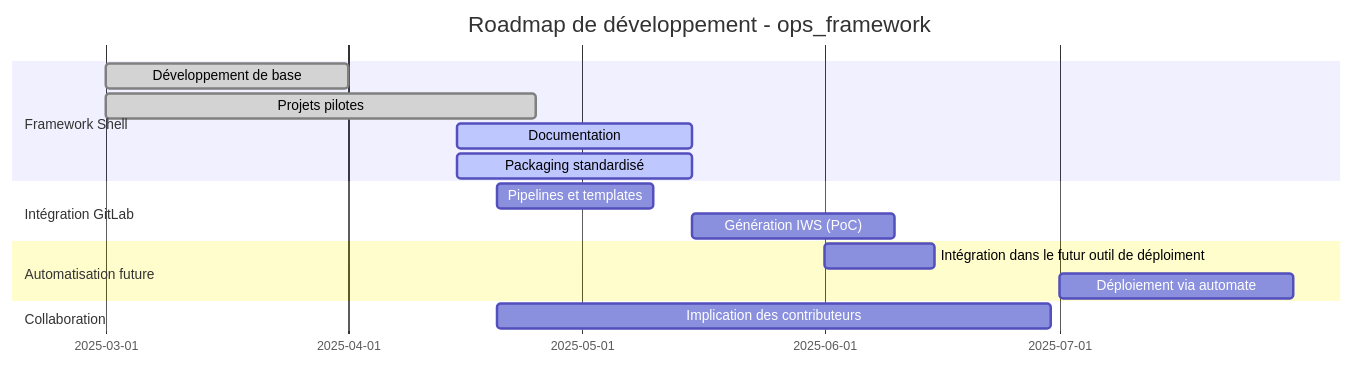
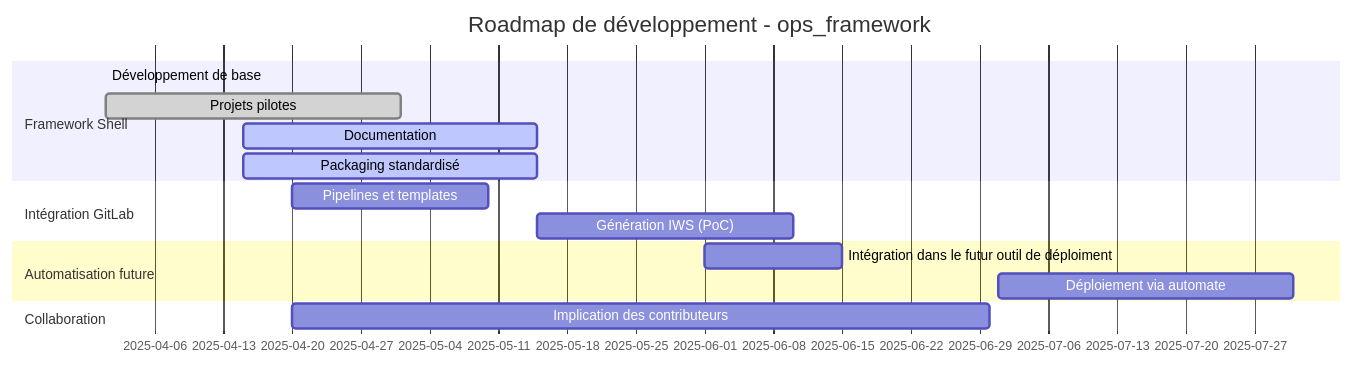
Before and after one commit to vtougne/ops-framework: the diagram in roadmap.md, drawn with Mermaid. The commit also changed 26 other files, not shown here.

````diff
--- a/roadmap.md
+++ b/roadmap.md
@@ -20,21 +20,21 @@
 ```mermaid
 gantt
     title Roadmap de développement - ops_framework
     dateFormat  YYYY-MM-DD
     section Framework Shell
-    Développement de base         :done, 2025-03-01, 2025-04-01
-    Projets pilotes               :done, 2025-03-01, 2025-04-25
+    Développement de base         :done, 2025-04-01, 2025-04-01
+    Projets pilotes               :done, 2025-04-01, 2025-05-01
     Documentation                 :active, 2025-04-15, 2025-05-15
     Packaging standardisé         :active, 2025-04-15, 2025-05-15
 
     section Intégration GitLab
     Pipelines et templates        :2025-04-20, 2025-05-10
     Génération IWS (PoC)          :2025-05-15, 2025-06-10
 
     section Automatisation future
     Intégration dans le futur outil de déploiment   :2025-06-01, 2025-06-15
     Déploiement via automate      :2025-07-01, 2025-07-31
 
     section Collaboration
     Implication des contributeurs :2025-04-20, 2025-06-30
 ```
````
